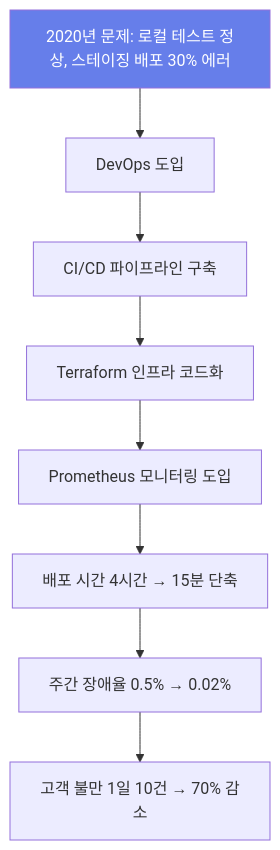
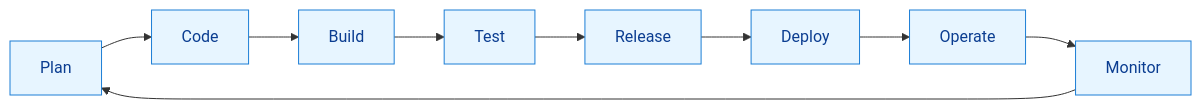
The first of 2 diagrams in lectures/week1/day1/service_understanding.md (niceguy61/aws-saa-lecture-2026), drawn with Mermaid before and after one commit. The commit also changed other lines of this file and 101 other files, not shown here.

````diff
--- a/lectures/week1/day1/service_understanding.md
+++ b/lectures/week1/day1/service_understanding.md
@@ -14,12 +25,14 @@
 ```mermaid
-graph TD
-  Node_Start[2020년 문제: 로컬 테스트 정상, 스테이징 배포 30% 에러]
-  Node_Start --> Step1[DevOps 도입]
-  Step1 --> Step2[CI/CD 파이프라인 구축]
-  Step2 --> Step3[Terraform 인프라 코드화]
-  Step3 --> Step4[Prometheus 모니터링 도입]
-  Step4 --> Result1[배포 시간 4시간 → 15분 단축]
-  Result1 --> Result2[주간 장애율 0.5% → 0.02%]
-  Result2 --> Result3[고객 불만 1일 10건 → 70% 감소]
-  style Node_Start fill:#667eea,color:#fff
+flowchart LR
+  Plan[Plan] --> Code[Code]
+  Code --> Build[Build]
+  Build --> Test[Test]
+  Test --> Release[Release]
+  Release --> Deploy[Deploy]
+  Deploy --> Operate[Operate]
+  Operate --> Monitor[Monitor]
+  Monitor --> Plan
+
+  classDef p fill:#e7f5ff,stroke:#1c7ed6,color:#0b3d91
+  class Plan,Code,Build,Test,Release,Deploy,Operate,Monitor p
 ```
````
